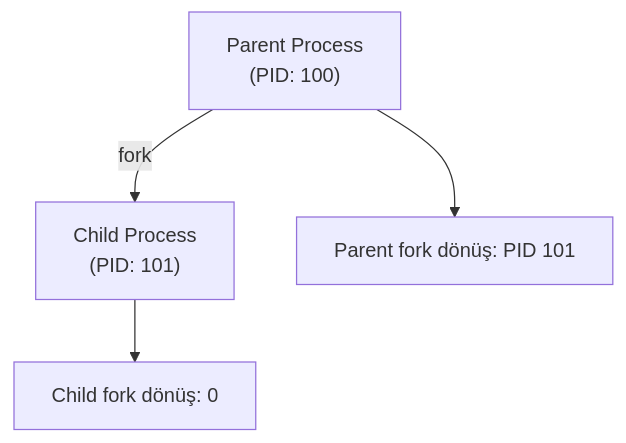
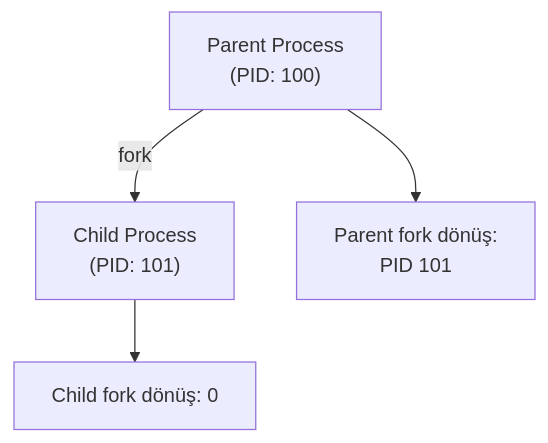
Before and after one commit to serkanMzlm/MechatronicsNotebook: the third of 3 diagrams in docs/md/programming/c.md, drawn with Mermaid. The commit also changed other lines of this file, not shown here.

````diff
--- a/docs/md/programming/c.md
+++ b/docs/md/programming/c.md
@@ -642,6 +577,6 @@
 ```mermaid
 graph TD
     P["Parent Process\n(PID: 100)"] -->|fork| C["Child Process\n(PID: 101)"]
-    P --> P1["Parent fork dönüş: PID 101"]
+    P --> P1["Parent fork dönüş:\n PID 101"]
     C --> C1["Child fork dönüş: 0"]
 ```
````
